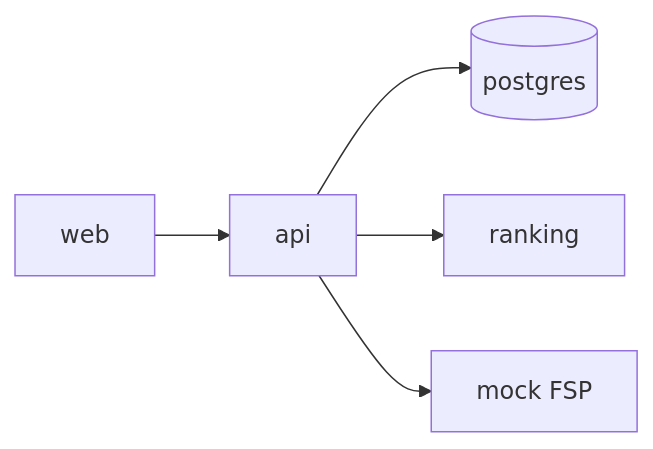
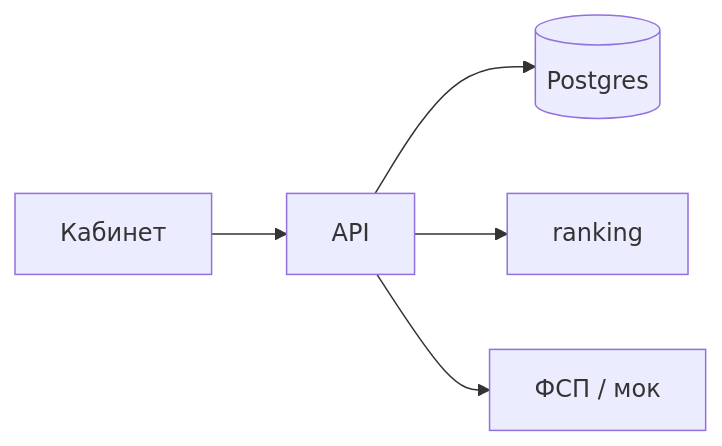
Before and after one commit to DjonniStorm/hh-but-it-works: the diagram in docs/prod/site/how/index.md, drawn with Mermaid. The commit also changed other lines of this file and 12 other files, not shown here.

````diff
--- a/docs/prod/site/how/index.md
+++ b/docs/prod/site/how/index.md
@@ -12,7 +30,12 @@
 ```mermaid
 flowchart LR
-  web[web] --> api[api]
-  api --> pg[(postgres)]
-  api --> ranking[ranking]
-  api --> mock[mock FSP]
+  web[Кабинет]
+  api[API]
+  pg[(Postgres)]
+  ranking[ranking]
+  fsp[ФСП / мок]
+  web --> api
+  api --> pg
+  api --> ranking
+  api --> fsp
 ```
````
